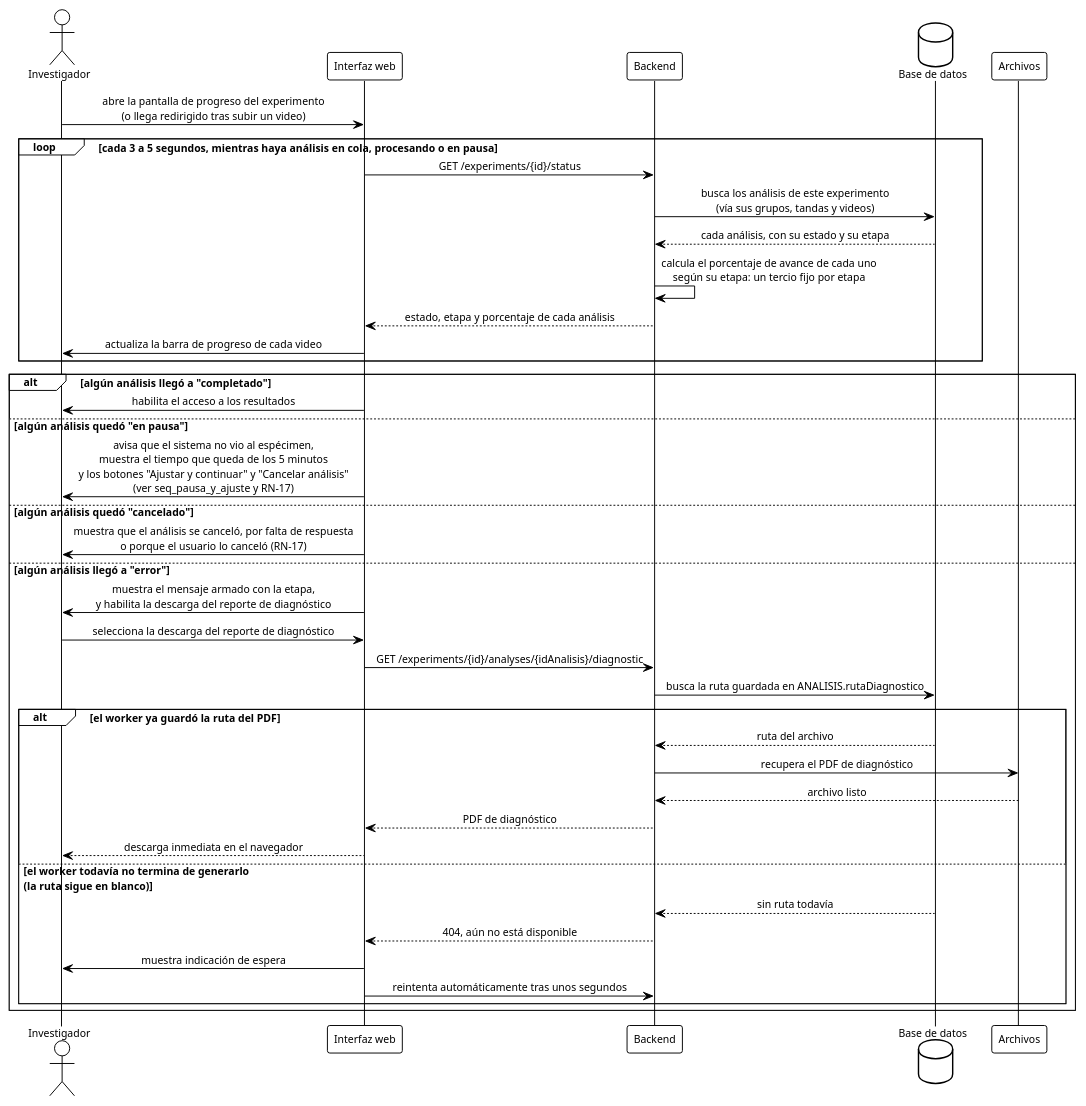
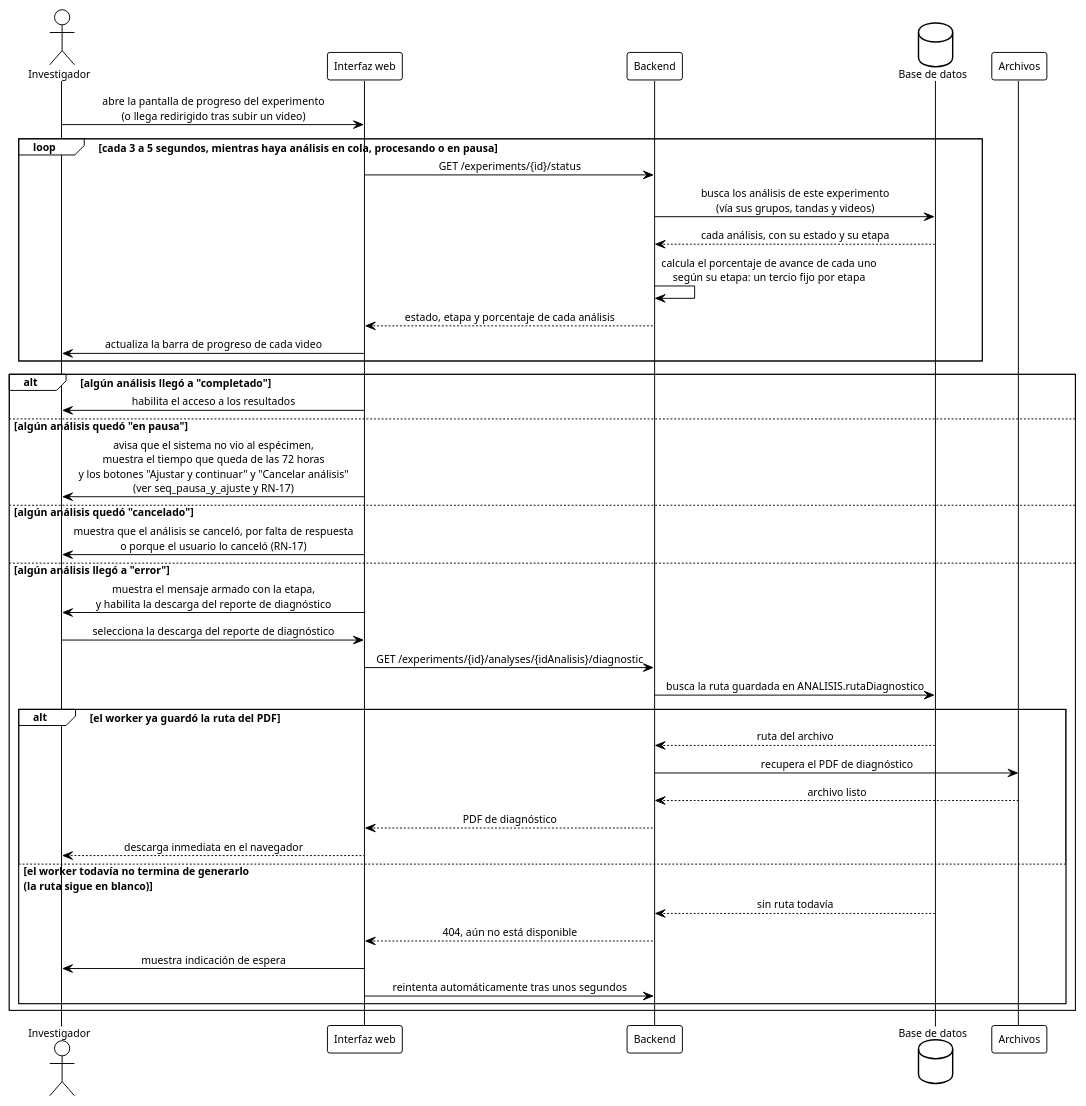
Before and after one commit to ErickJester/fst-ai-system-latex: diagram 32 of 40 in INSTRUCCIONES-WEB.md, drawn with PlantUML. The commit also changed other lines of this file and 34 other files, not shown here.

First line of the commit message:
Pausa de 72 horas sin guardar el motivo de cancelacion (D-112), boton No se ve en la revision (D-113), D-107 confirmada e imagenes regeneradas

````diff
--- a/INSTRUCCIONES-WEB.md
+++ b/INSTRUCCIONES-WEB.md
@@ -2811,51 +2814,51 @@
 ```plantuml
 @startuml seq_consulta_progreso
 !theme plain
 skinparam defaultFontName Arial
 skinparam defaultFontSize 11
 skinparam shadowing false
 skinparam sequenceMessageAlign center
 skinparam BoxPadding 10
 actor Investigador as inv
 participant "Interfaz web" as ui
 participant Backend as api
 database "Base de datos" as db
 participant "Archivos" as fs
 
 inv -> ui: abre la pantalla de progreso del experimento\n(o llega redirigido tras subir un video)
 
 loop cada 3 a 5 segundos, mientras haya análisis en cola, procesando o en pausa
   ui -> api: GET /experiments/{id}/status
   api -> db: busca los análisis de este experimento\n(vía sus grupos, tandas y videos)
   db --> api: cada análisis, con su estado y su etapa
   api -> api: calcula el porcentaje de avance de cada uno\nsegún su etapa: un tercio fijo por etapa
   api --> ui: estado, etapa y porcentaje de cada análisis
   ui -> inv: actualiza la barra de progreso de cada video
 end
 
 alt algún análisis llegó a "completado"
   ui -> inv: habilita el acceso a los resultados
 else algún análisis quedó "en pausa"
-  ui -> inv: avisa que el sistema no vio al espécimen,\nmuestra el tiempo que queda de los 5 minutos\ny los botones "Ajustar y continuar" y "Cancelar análisis"\n(ver seq_pausa_y_ajuste y RN-17)
+  ui -> inv: avisa que el sistema no vio al espécimen,\nmuestra el tiempo que queda de las 72 horas\ny los botones "Ajustar y continuar" y "Cancelar análisis"\n(ver seq_pausa_y_ajuste y RN-17)
 else algún análisis quedó "cancelado"
   ui -> inv: muestra que el análisis se canceló, por falta de respuesta\no porque el usuario lo canceló (RN-17)
 else algún análisis llegó a "error"
   ui -> inv: muestra el mensaje armado con la etapa,\ny habilita la descarga del reporte de diagnóstico
   inv -> ui: selecciona la descarga del reporte de diagnóstico
   ui -> api: GET /experiments/{id}/analyses/{idAnalisis}/diagnostic
   api -> db: busca la ruta guardada en ANALISIS.rutaDiagnostico
   alt el worker ya guardó la ruta del PDF
     db --> api: ruta del archivo
     api -> fs: recupera el PDF de diagnóstico
     fs --> api: archivo listo
     api --> ui: PDF de diagnóstico
     ui --> inv: descarga inmediata en el navegador
   else el worker todavía no termina de generarlo\n(la ruta sigue en blanco)
     db --> api: sin ruta todavía
     api --> ui: 404, aún no está disponible
     ui -> inv: muestra indicación de espera
     ui -> api: reintenta automáticamente tras unos segundos
   end
 end
 @enduml
 ```
````
